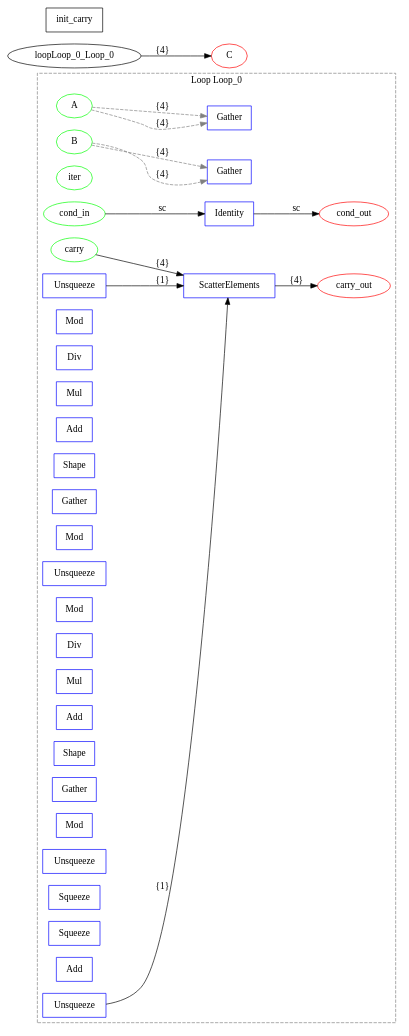
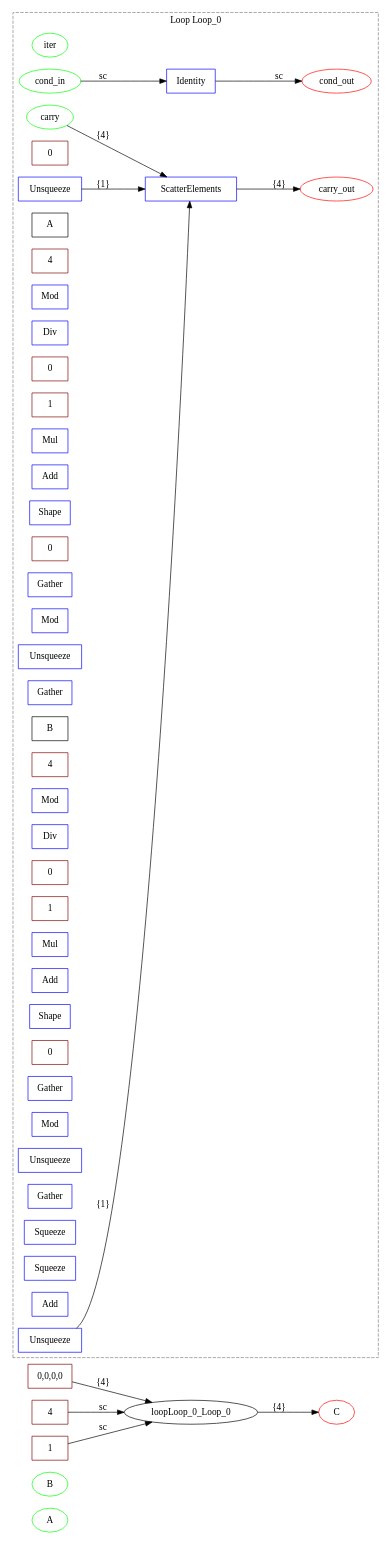
The diagram in examples/onnx/vectoradd_test.dot (specs-feup/onnx-flow), drawn with Graphviz before and after one commit. The commit also changed 149 other files, not shown here.

```diff
--- a/examples/onnx/vectoradd_test.dot
+++ b/examples/onnx/vectoradd_test.dot
@@ -1,55 +1,67 @@
 digraph {
   graph [compound=true rankdir=LR];
   A [label=A shape=ellipse color=lime];
   B [label=B shape=ellipse color=lime];
+  C [label=C shape=ellipse color=red];
+  init_carry [label="0,0,0,0" shape=box color=maroon];
+  trip_count_0 [label=4 shape=box color=maroon];
+  cond_0 [label=1 shape=box color=maroon];
   subgraph cluster_loop_Loop_0 {
     graph [compound=true rankdir=LR];
     loopLoop_0_iter [label=iter shape=ellipse color=lime];
     loopLoop_0_cond_in [label=cond_in shape=ellipse color=lime];
     loopLoop_0_carry [label=carry shape=ellipse color=lime];
+    loopLoop_0_axes [label=0 shape=box color=maroon];
     loopLoop_0_unsq [label=Unsqueeze shape=box color=blue];
     loopLoop_0_unsq -> loopLoop_0_scatter [label="{1}"];
+    loopLoop_0_A [label=A shape=box];
+    loopLoop_0_mr_dim_gb_out_A_0_0 [label=4 shape=box color=maroon];
     loopLoop_0_mr_mod_gb_out_A_0_0 [label=Mod shape=box color=blue];
     loopLoop_0_mr_div_gb_out_A_0_0 [label=Div shape=box color=blue];
+    loopLoop_0_lin_zero_gb_lin_A_0 [label=0 shape=box color=maroon];
+    loopLoop_0_lin_stride_gb_lin_A_0_0 [label=1 shape=box color=maroon];
     loopLoop_0_lin_mul_gb_lin_A_0_0 [label=Mul shape=box color=blue];
     loopLoop_0_lin_add_gb_lin_A_0_0 [label=Add shape=box color=blue];
     loopLoop_0_sg_shape_gb_lin_A_0 [label=Shape shape=box color=blue];
+    loopLoop_0_sg_len_idx_gb_lin_A_0 [label=0 shape=box color=maroon];
     loopLoop_0_sg_len_gb_lin_A_0 [label=Gather shape=box color=blue];
     loopLoop_0_Mod_sg_mod_gb_lin_A_0 [label=Mod shape=box color=blue];
     loopLoop_0_sg_idx_unsq_gb_lin_A_0 [label=Unsqueeze shape=box color=blue];
     loopLoop_0_sg_g_gb_lin_A_0 [label=Gather shape=box color=blue];
-    A -> loopLoop_0_sg_g_gb_lin_A_0 [label="{4}" style=dashed color=gray];
+    loopLoop_0_B [label=B shape=box];
+    loopLoop_0_mr_dim_gb_out_B_0_0 [label=4 shape=box color=maroon];
     loopLoop_0_mr_mod_gb_out_B_0_0 [label=Mod shape=box color=blue];
     loopLoop_0_mr_div_gb_out_B_0_0 [label=Div shape=box color=blue];
+    loopLoop_0_lin_zero_gb_lin_B_0 [label=0 shape=box color=maroon];
+    loopLoop_0_lin_stride_gb_lin_B_0_0 [label=1 shape=box color=maroon];
     loopLoop_0_lin_mul_gb_lin_B_0_0 [label=Mul shape=box color=blue];
     loopLoop_0_lin_add_gb_lin_B_0_0 [label=Add shape=box color=blue];
     loopLoop_0_sg_shape_gb_lin_B_0 [label=Shape shape=box color=blue];
+    loopLoop_0_sg_len_idx_gb_lin_B_0 [label=0 shape=box color=maroon];
     loopLoop_0_sg_len_gb_lin_B_0 [label=Gather shape=box color=blue];
     loopLoop_0_Mod_sg_mod_gb_lin_B_0 [label=Mod shape=box color=blue];
     loopLoop_0_sg_idx_unsq_gb_lin_B_0 [label=Unsqueeze shape=box color=blue];
     loopLoop_0_sg_g_gb_lin_B_0 [label=Gather shape=box color=blue];
-    B -> loopLoop_0_sg_g_gb_lin_B_0 [label="{4}" style=dashed color=gray];
     loopLoop_0_sq_0_in0_scalar [label=Squeeze shape=box color=blue];
     loopLoop_0_sq_0_in1_scalar [label=Squeeze shape=box color=blue];
     loopLoop_0_Add_0 [label=Add shape=box color=blue];
     loopLoop_0_updateUnsq [label=Unsqueeze shape=box color=blue];
     loopLoop_0_updateUnsq -> loopLoop_0_scatter [label="{1}"];
     loopLoop_0_id_cond [label=Identity shape=box color=blue];
     loopLoop_0_cond_out [label=cond_out shape=ellipse color=red];
     loopLoop_0_scatter [label=ScatterElements shape=box color=blue];
     loopLoop_0_carry_out [label=carry_out shape=ellipse color=red];
     loopLoop_0_id_cond -> loopLoop_0_cond_out [label=sc];
     loopLoop_0_cond_in -> loopLoop_0_id_cond [label=sc];
     loopLoop_0_carry -> loopLoop_0_scatter [label="{4}"];
     loopLoop_0_scatter -> loopLoop_0_carry_out [label="{4}"];
-    A -> loopLoop_0_sg_g_gb_lin_A_0 [style=dashed color=gray label="{4}"];
-    B -> loopLoop_0_sg_g_gb_lin_B_0 [style=dashed color=gray label="{4}"];
     graph [label="Loop Loop_0"];
     graph [style=dashed];
     graph [color=gray];
   }
 
-  C [label=C shape=ellipse color=red];
-  init_carry [label=init_carry shape=box];
+  cond_0 -> loopLoop_0_Loop_0 [label=sc lhead=cluster_loop_Loop_0];
+  trip_count_0 -> loopLoop_0_Loop_0 [label=sc lhead=cluster_loop_Loop_0];
   loopLoop_0_Loop_0 -> C [label="{4}" ltail=cluster_loop_Loop_0];
+  init_carry -> loopLoop_0_Loop_0 [label="{4}" lhead=cluster_loop_Loop_0];
 }
```
